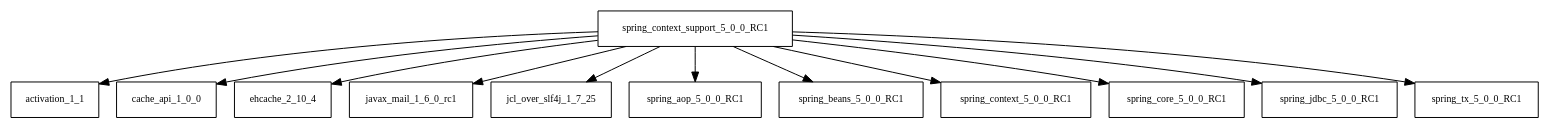
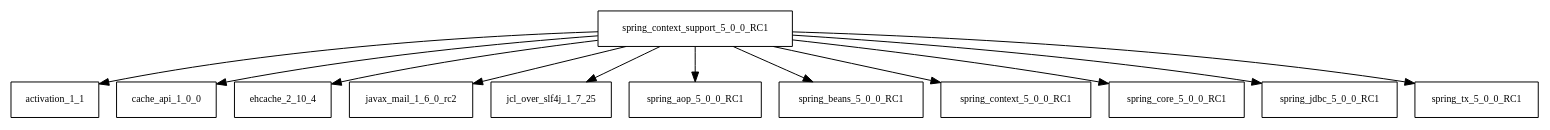
Before and after one commit to AglaianWoman/cia: the diagram in tattleTaleReport/graphviz/spring-context-support-5.0.0.RC1.jar/spring-context-support-5.0.0.RC1.jar.dot, drawn with Graphviz. The commit also changed 2185 other files, not shown here.

```diff
--- a/tattleTaleReport/graphviz/spring-context-support-5.0.0.RC1.jar/spring-context-support-5.0.0.RC1.jar.dot
+++ b/tattleTaleReport/graphviz/spring-context-support-5.0.0.RC1.jar/spring-context-support-5.0.0.RC1.jar.dot
@@ -1,14 +1,14 @@
 digraph spring_context_support_5_0_0_RC1_dependencies {
   node [shape = box, fontsize=10.0];
   spring_context_support_5_0_0_RC1 -> activation_1_1;
   spring_context_support_5_0_0_RC1 -> cache_api_1_0_0;
   spring_context_support_5_0_0_RC1 -> ehcache_2_10_4;
-  spring_context_support_5_0_0_RC1 -> javax_mail_1_6_0_rc1;
+  spring_context_support_5_0_0_RC1 -> javax_mail_1_6_0_rc2;
   spring_context_support_5_0_0_RC1 -> jcl_over_slf4j_1_7_25;
   spring_context_support_5_0_0_RC1 -> spring_aop_5_0_0_RC1;
   spring_context_support_5_0_0_RC1 -> spring_beans_5_0_0_RC1;
   spring_context_support_5_0_0_RC1 -> spring_context_5_0_0_RC1;
   spring_context_support_5_0_0_RC1 -> spring_core_5_0_0_RC1;
   spring_context_support_5_0_0_RC1 -> spring_jdbc_5_0_0_RC1;
   spring_context_support_5_0_0_RC1 -> spring_tx_5_0_0_RC1;
 }
```
